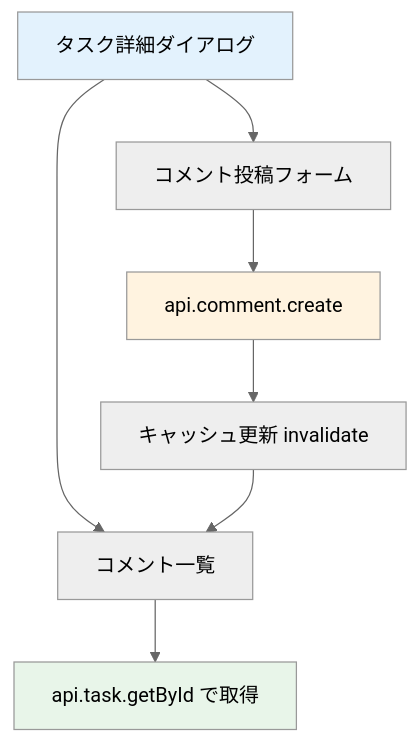
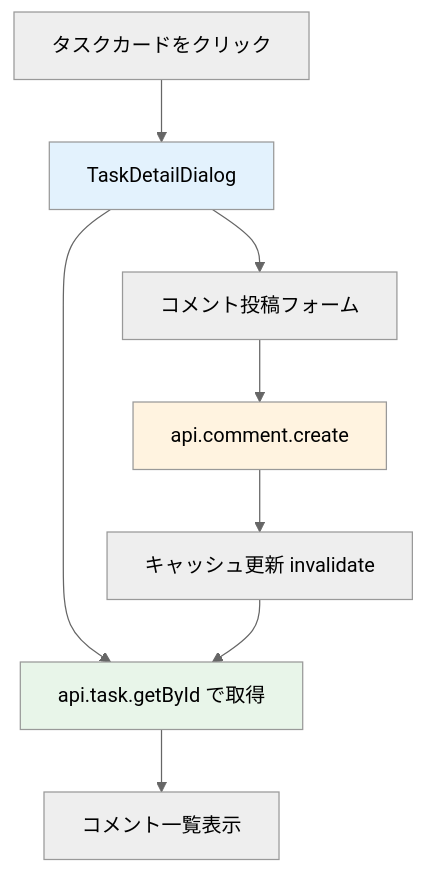
Before and after one commit to kouiso/task-app: the diagram in material/30days-curriculum/day18_コメント投稿.md, drawn with Mermaid (neutral theme). The commit also changed other lines of this file and 65 other files, not shown here.

````diff
--- a/material/30days-curriculum/day18_コメント投稿.md
+++ b/material/30days-curriculum/day18_コメント投稿.md
@@ -29,13 +31,14 @@
 ```mermaid
-graph TD
-    A[タスク詳細ダイアログ] --> B[コメント一覧]
-    A --> C[コメント投稿フォーム]
-    B --> D[api.task.getById で取得]
-    C --> E[api.comment.create]
-    E --> F[キャッシュ更新 invalidate]
-    F --> B
+flowchart TD
+    A[タスクカードをクリック] --> B[TaskDetailDialog]
+    B --> C[api.task.getById で取得]
+    C --> D[コメント一覧表示]
+    B --> E[コメント投稿フォーム]
+    E --> F[api.comment.create]
+    F --> G[キャッシュ更新 invalidate]
+    G --> C
 
-    style A fill:#e3f2fd
-    style D fill:#e8f5e9
-    style E fill:#fff3e0
+    style B fill:#e3f2fd
+    style C fill:#e8f5e9
+    style F fill:#fff3e0
 ```
````
